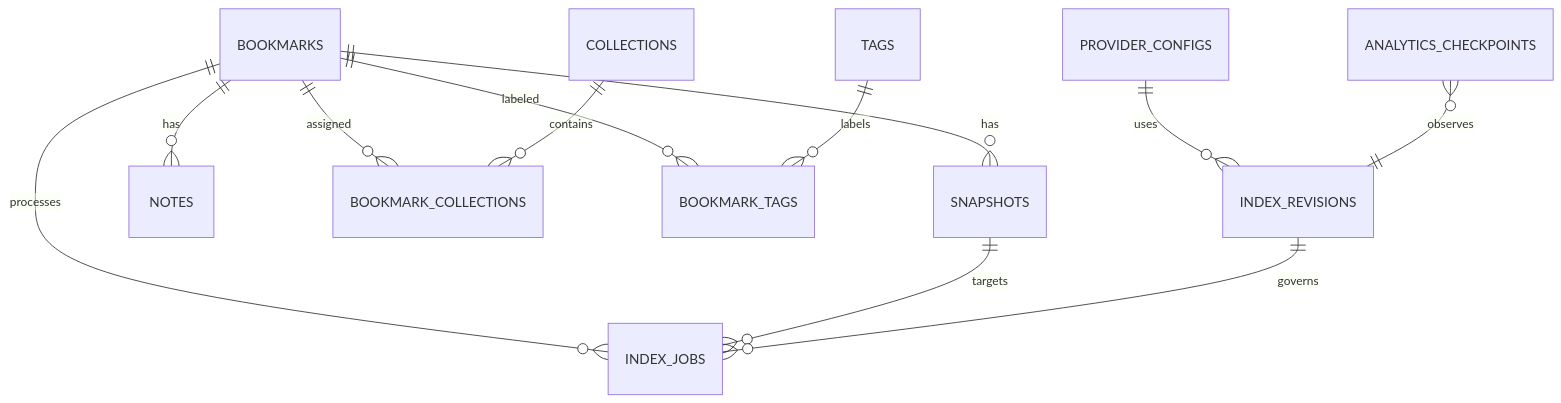
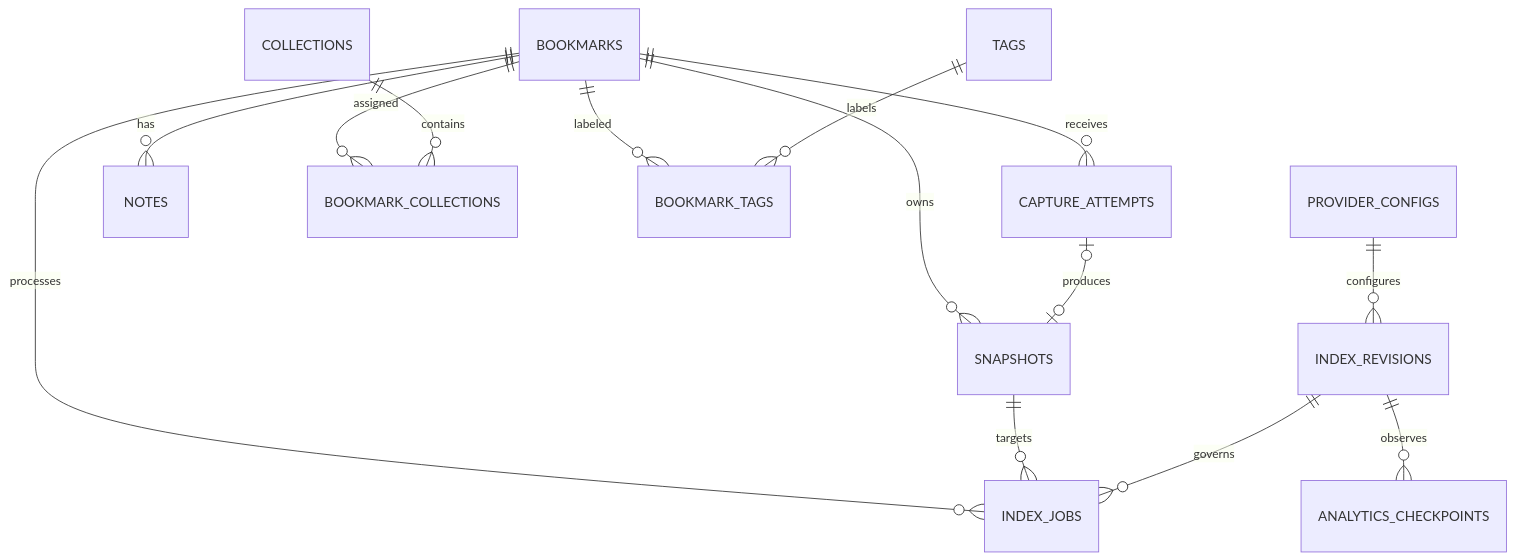
One commit to ryantr-statinops/InfoBoard changed the diagram in docs/architecture/data-model.md. Above: the diagram before and after it, drawn with Mermaid. The commit also changed other lines of this file and 4 other files, not shown here.

Commit message:
docs(architecture): close data lifecycle and migration contracts

````diff
--- a/docs/architecture/data-model.md
+++ b/docs/architecture/data-model.md
@@ -7,14 +7,16 @@
 ```mermaid
 erDiagram
-    BOOKMARKS ||--o{ SNAPSHOTS : has
+    BOOKMARKS ||--o{ CAPTURE_ATTEMPTS : receives
+    BOOKMARKS ||--o{ SNAPSHOTS : owns
+    CAPTURE_ATTEMPTS o|--o| SNAPSHOTS : produces
     BOOKMARKS ||--o{ NOTES : has
     BOOKMARKS ||--o{ BOOKMARK_COLLECTIONS : assigned
     COLLECTIONS ||--o{ BOOKMARK_COLLECTIONS : contains
     BOOKMARKS ||--o{ BOOKMARK_TAGS : labeled
     TAGS ||--o{ BOOKMARK_TAGS : labels
     BOOKMARKS ||--o{ INDEX_JOBS : processes
     SNAPSHOTS ||--o{ INDEX_JOBS : targets
+    PROVIDER_CONFIGS ||--o{ INDEX_REVISIONS : configures
     INDEX_REVISIONS ||--o{ INDEX_JOBS : governs
-    PROVIDER_CONFIGS ||--o{ INDEX_REVISIONS : uses
-    ANALYTICS_CHECKPOINTS }o--|| INDEX_REVISIONS : observes
+    INDEX_REVISIONS ||--o{ ANALYTICS_CHECKPOINTS : observes
 ```
````
